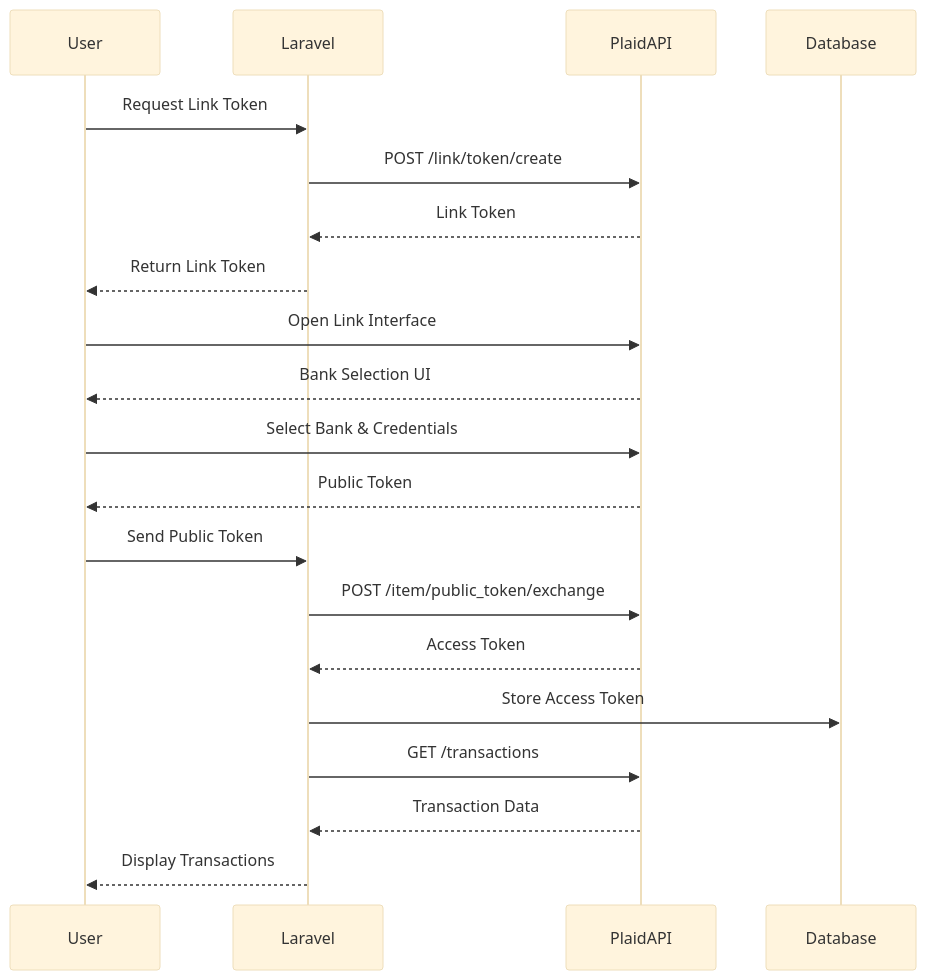
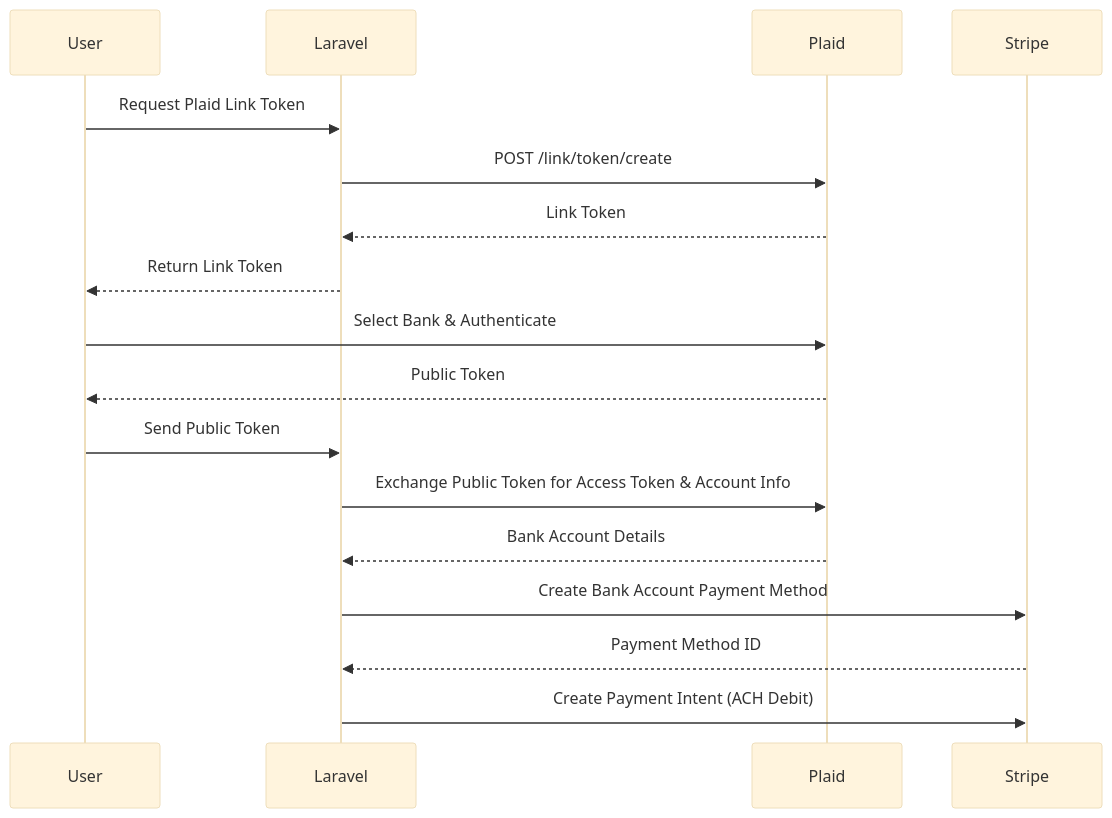
One commit to engyahmed7/laravel-plaid-integration changed the second of 3 diagrams in README.md. Above: the diagram before and after it, drawn with Mermaid (base theme). The commit also changed other lines of this file, not shown here.

````diff
--- a/README.md
+++ b/README.md
@@ -11,25 +31,22 @@
 ```mermaid
 sequenceDiagram
     participant User
     participant Laravel
-    participant PlaidAPI
+    participant Plaid
+    participant Stripe
 
-    User->>Laravel: Request Link Token
-    Laravel->>PlaidAPI: POST /link/token/create
-    PlaidAPI-->>Laravel: Link Token
+    User->>Laravel: Request Plaid Link Token
+    Laravel->>Plaid: POST /link/token/create
+    Plaid-->>Laravel: Link Token
     Laravel-->>User: Return Link Token
 
-    User->>PlaidAPI: Open Link Interface
-    PlaidAPI-->>User: Bank Selection UI
-    User->>PlaidAPI: Select Bank & Credentials
-    PlaidAPI-->>User: Public Token
+    User->>Plaid: Select Bank & Authenticate
+    Plaid-->>User: Public Token
+    User->>Laravel: Send Public Token
 
-    User->>Laravel: Send Public Token
-    Laravel->>PlaidAPI: POST /item/public_token/exchange
-    PlaidAPI-->>Laravel: Access Token
-    Laravel->>Database: Store Access Token
-
-    Laravel->>PlaidAPI: GET /transactions
-    PlaidAPI-->>Laravel: Transaction Data
-    Laravel-->>User: Display Transactions
+    Laravel->>Plaid: Exchange Public Token for Access Token & Account Info
+    Plaid-->>Laravel: Bank Account Details
+    Laravel->>Stripe: Create Bank Account Payment Method
+    Stripe-->>Laravel: Payment Method ID
+    Laravel->>Stripe: Create Payment Intent (ACH Debit)
 ```
````
